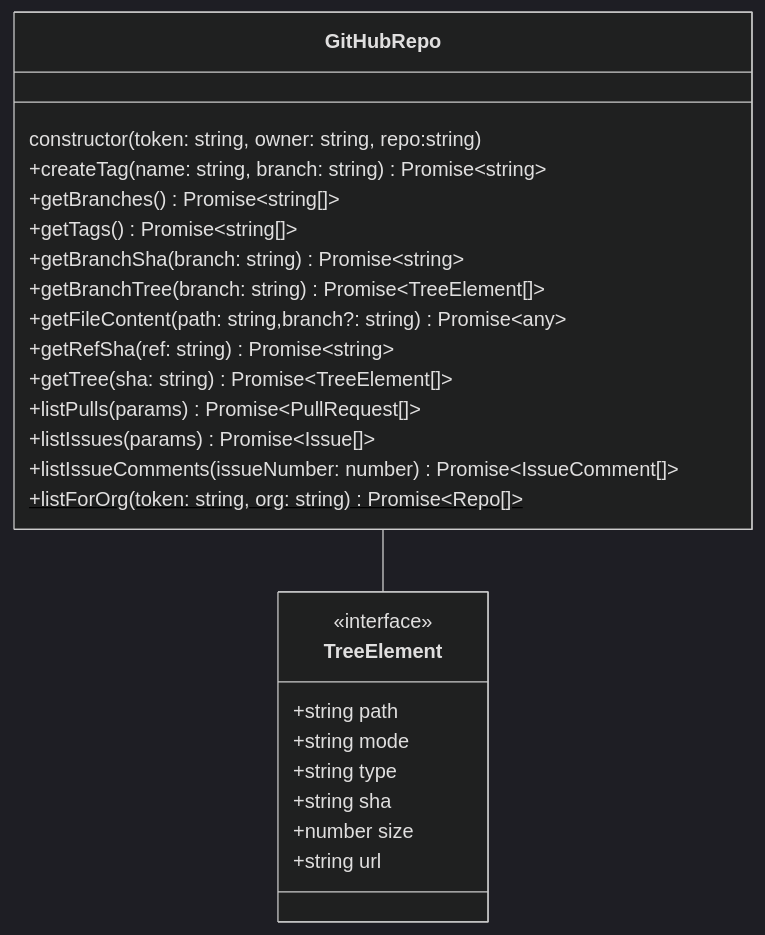
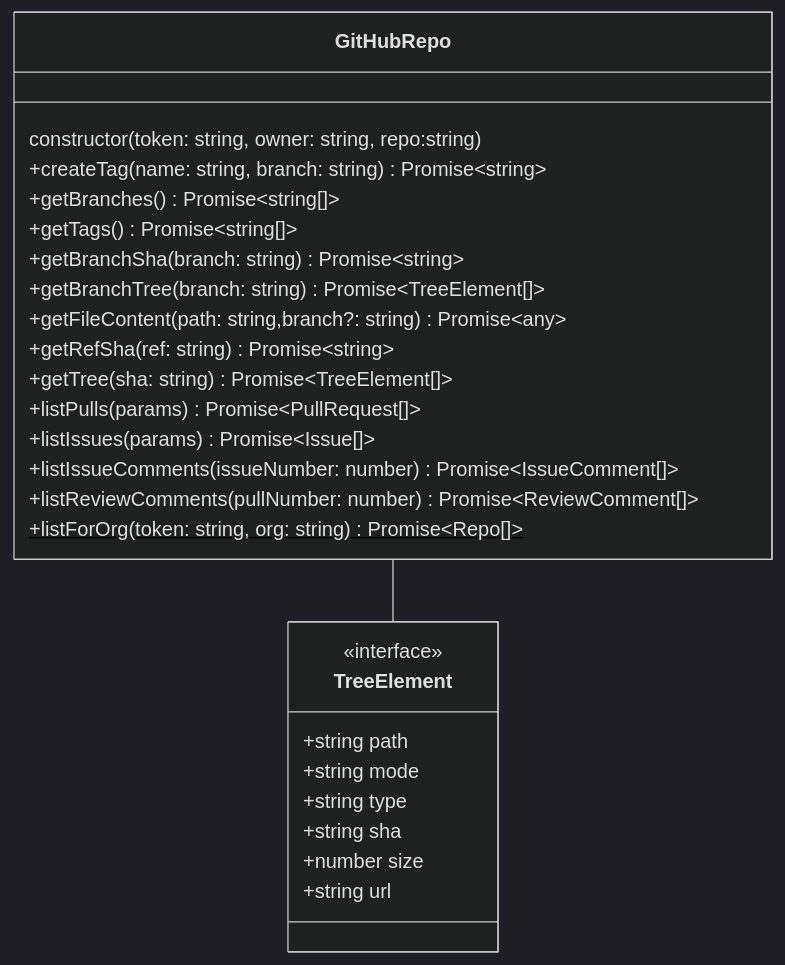
One commit to tomsdoo/github-repo changed the diagram in docs/md/GitHubRepo.md. Above: the diagram before and after it, drawn with Mermaid (dark theme). The commit also changed other lines of this file and 6 other files, not shown here.

Commit message:
listReviewComments (#36)

````diff
--- a/docs/md/GitHubRepo.md
+++ b/docs/md/GitHubRepo.md
@@ -22,31 +23,32 @@
 ``` mermaid
 classDiagram
 
 class GitHubRepo {
   constructor(token: string, owner: string, repo:string)
   +createTag(name: string, branch: string) Promise~string~
   +getBranches() Promise~string[]~
   +getTags() Promise~string[]~
   +getBranchSha(branch: string) Promise~string~
   +getBranchTree(branch: string) Promise~TreeElement[]~
   +getFileContent(path: string,branch?: string) Promise~any~
   +getRefSha(ref: string) Promise~string~
   +getTree(sha: string) Promise~TreeElement[]~
   +listPulls(params) Promise~PullRequest[]~
   +listIssues(params) Promise~Issue[]~
   +listIssueComments(issueNumber: number) Promise~IssueComment[]~
+  +listReviewComments(pullNumber: number) Promise~ReviewComment[]~
   +listForOrg(token: string, org: string) Promise~Repo[]~$
 }
 
 class TreeElement {
   <<interface>>
   +string path
   +string mode
   +string type
   +string sha
   +number size
   +string url
 }
 
 GitHubRepo -- TreeElement
 ```
````
